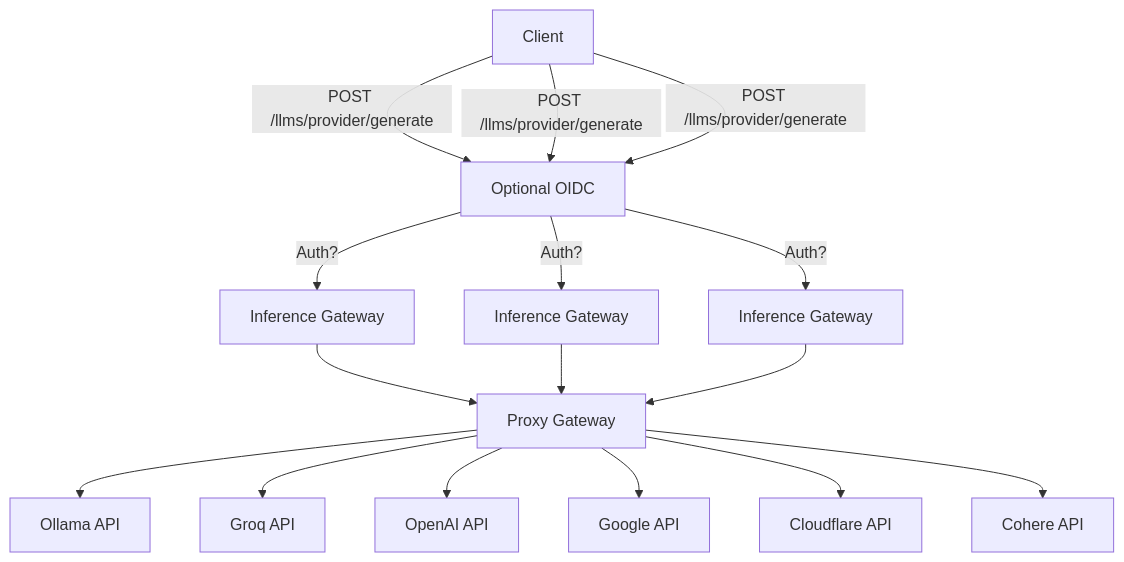
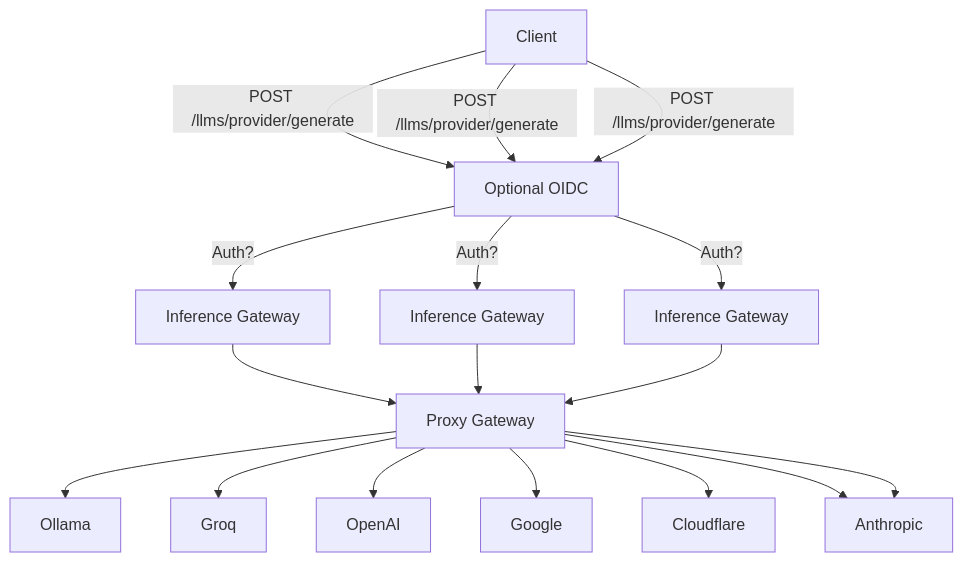
Before and after one commit to sammcj/inference-gateway: the diagram in README.md, drawn with Mermaid. The commit also changed other lines of this file and 15 other files, not shown here.

````diff
--- a/README.md
+++ b/README.md
@@ -52,18 +52,19 @@
 ```mermaid
 graph TD
     A[Client] --> |POST /llms/provider/generate| Auth[Inference Gateway]
     A[Client] --> |POST /llms/provider/generate| Auth[Inference Gateway]
     A[Client] --> |POST /llms/provider/generate| Auth[Inference Gateway]
     Auth[Optional OIDC] --> |Auth?| IG1[Inference Gateway]
     Auth[Optional OIDC] --> |Auth?| IG2[Inference Gateway]
     Auth[Optional OIDC] --> |Auth?| IG3[Inference Gateway]
     IG1 --> P[Proxy Gateway]
     IG2 --> P[Proxy Gateway]
     IG3 --> P[Proxy Gateway]
-    P[Proxy Gateway] --> C[Ollama API]
-    P[Proxy Gateway] --> D[Groq API]
-    P[Proxy Gateway] --> E[OpenAI API]
-    P[Proxy Gateway] --> F[Google API]
-    P[Proxy Gateway] --> G[Cloudflare API]
-    P[Proxy Gateway] --> H[Cohere API]
+    P[Proxy Gateway] --> C[Ollama]
+    P[Proxy Gateway] --> D[Groq]
+    P[Proxy Gateway] --> E[OpenAI]
+    P[Proxy Gateway] --> F[Google]
+    P[Proxy Gateway] --> G[Cloudflare]
+    P[Proxy Gateway] --> H[Cohere]
+    P[Proxy Gateway] --> H[Anthropic]
 ```
````
